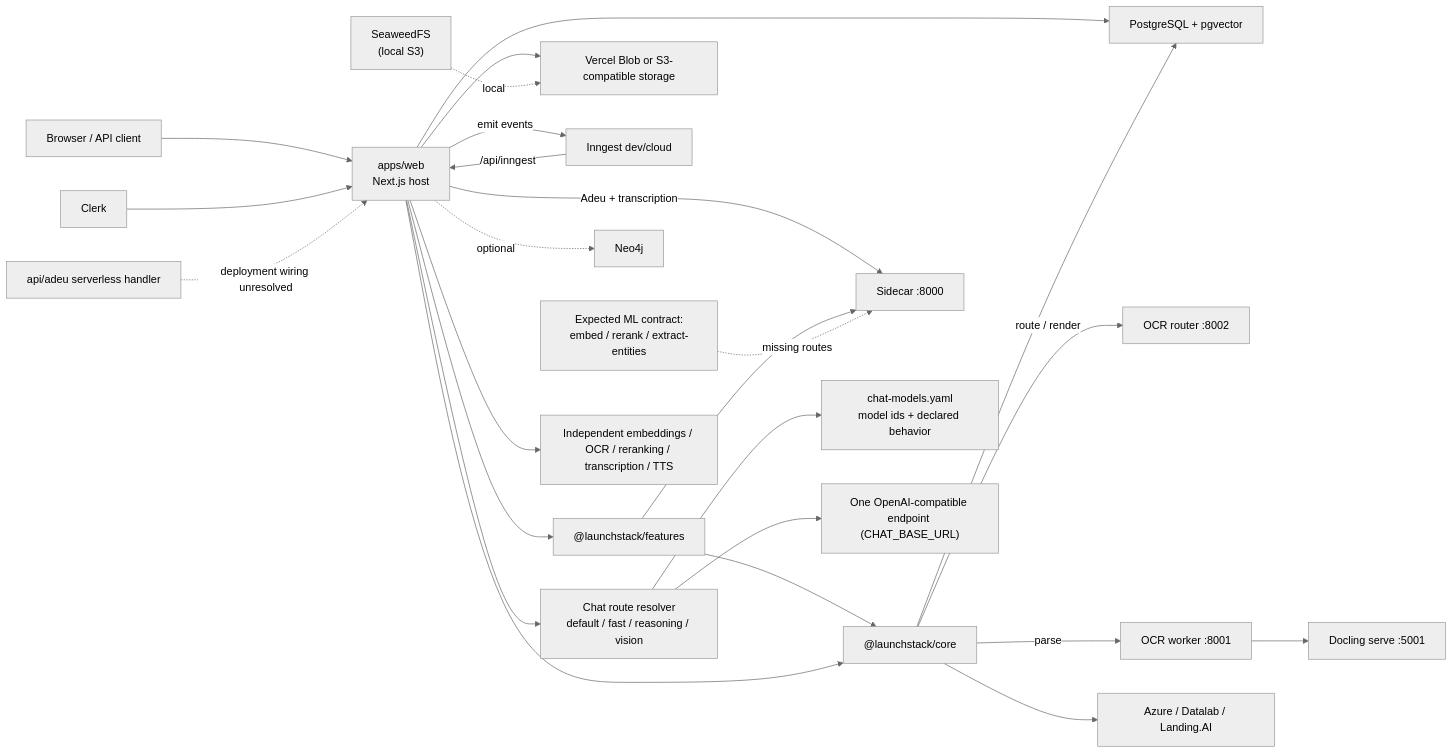
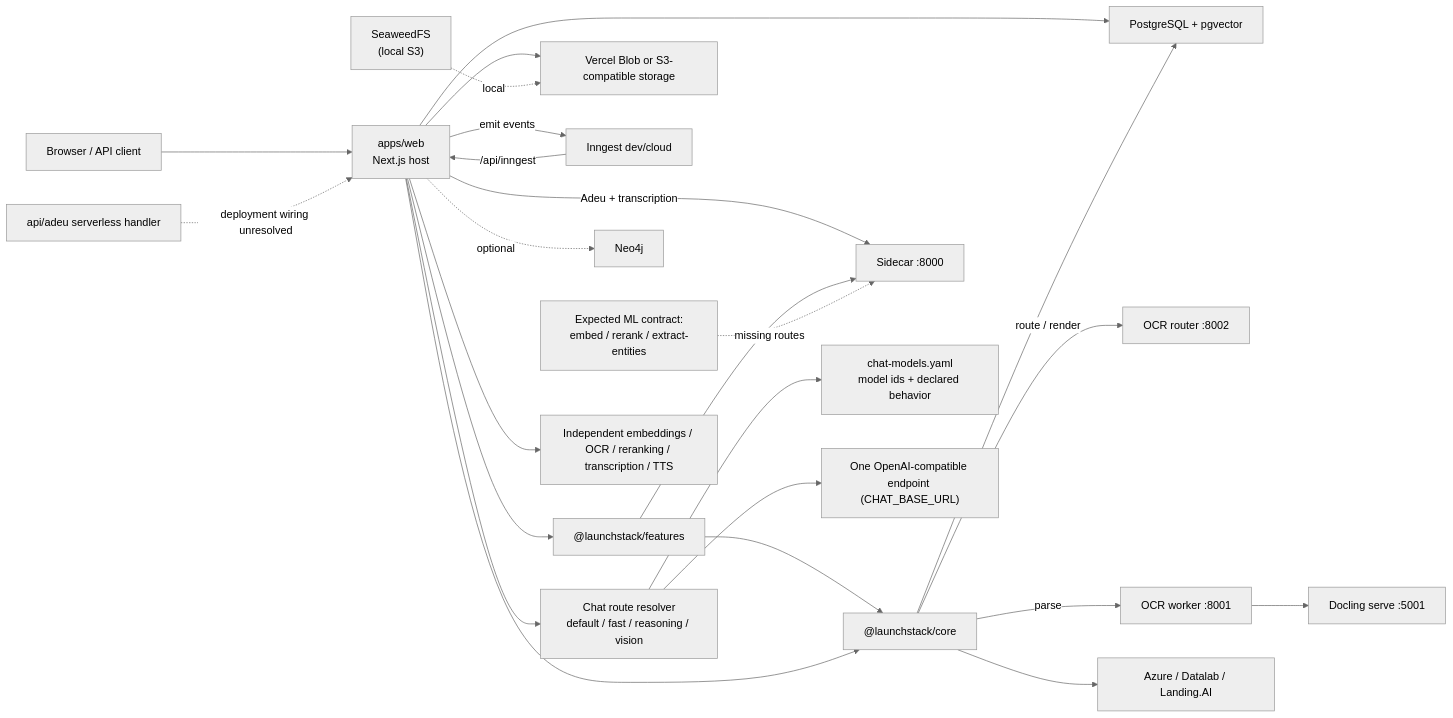
Before and after one commit to Deodat-Lawson/LaunchStack: the diagram in docs/architecture/current-infrastructure-map.md, drawn with Mermaid (neutral theme). The commit also changed other lines of this file and 50 other files, not shown here.

````diff
--- a/docs/architecture/current-infrastructure-map.md
+++ b/docs/architecture/current-infrastructure-map.md
@@ -180,34 +180,33 @@
 ```mermaid
 flowchart LR
   Browser["Browser / API client"] --> Web["apps/web<br/>Next.js host"]
-  Clerk["Clerk"] --> Web
 
   Web --> Features["@launchstack/features"]
   Features --> Core["@launchstack/core"]
   Web --> Core
 
   Web --> Pg["PostgreSQL + pgvector"]
   Core --> Pg
   Web --> Storage["Vercel Blob or S3-compatible storage"]
   Seaweed["SeaweedFS<br/>(local S3)"] -. local .-> Storage
 
   Web -->|emit events| Inngest["Inngest dev/cloud"]
   Inngest -->|/api/inngest| Web
 
   Core -->|route / render| OcrRouter["OCR router :8002"]
   Core -->|parse| OcrWorker["OCR worker :8001"]
   OcrWorker --> Docling["Docling serve :5001"]
   Core --> CloudOcr["Azure / Datalab / Landing.AI"]
 
   Web -->|Adeu + transcription| Sidecar["Sidecar :8000"]
   Features --> Sidecar
   Expected["Expected ML contract:<br/>embed / rerank / extract-entities"] -. missing routes .-> Sidecar
 
   Web -. optional .-> Neo4j["Neo4j"]
   Web --> ChatResolver["Chat route resolver<br/>default / fast / reasoning / vision"]
   ChatResolver --> ChatConfig["chat-models.yaml<br/>model ids + declared behavior"]
   ChatResolver --> Ai["One OpenAI-compatible endpoint (CHAT_BASE_URL)"]
   Web --> SupportingAi["Independent embeddings / OCR / reranking / transcription / TTS"]
 
   AdeuFn["api/adeu serverless handler"] -. deployment wiring unresolved .-> Web
 ```
````
